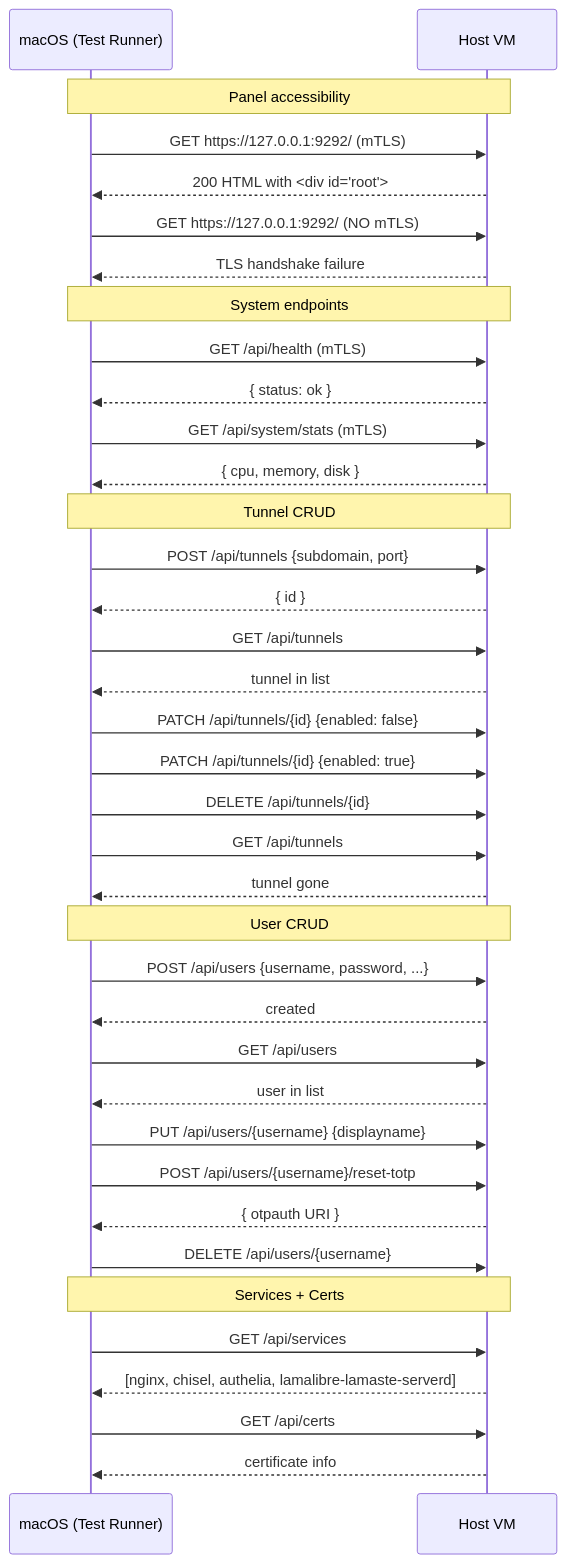
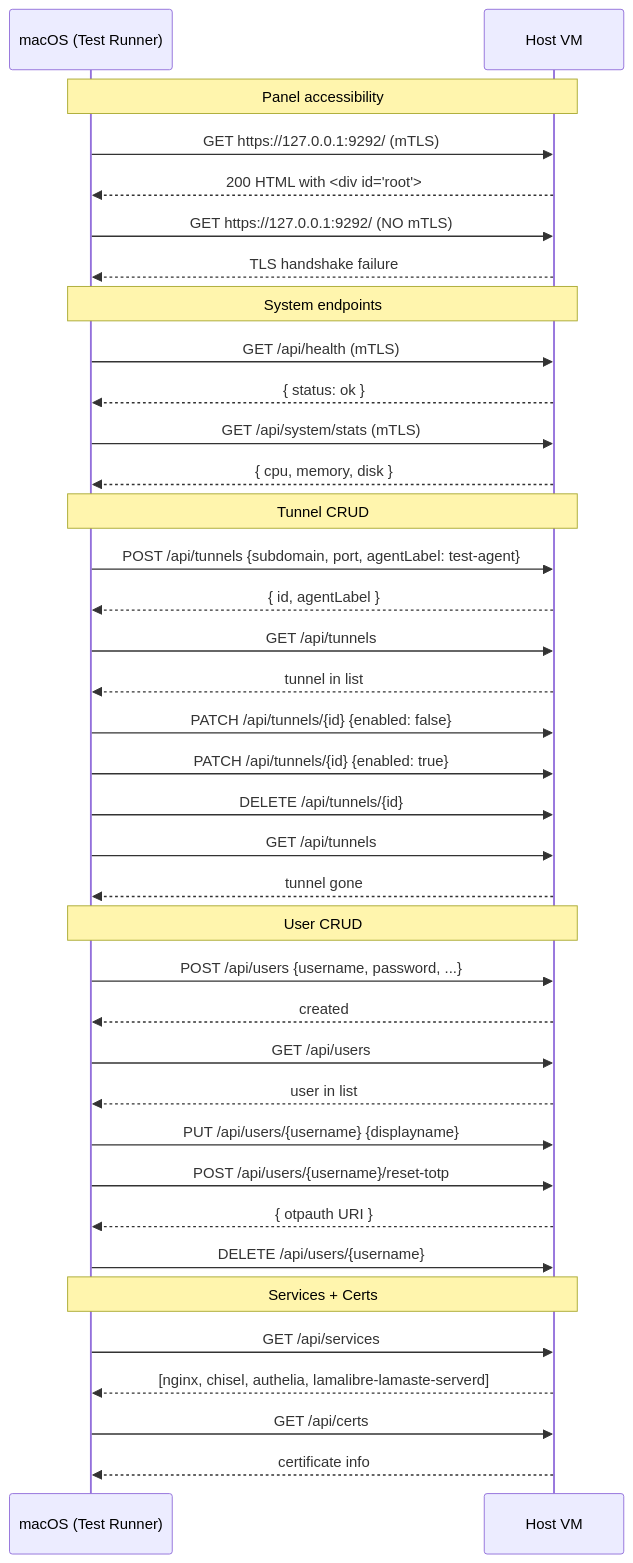
One commit to lamalibre/lamaste changed the sixth of 9 diagrams in packages/core/docs/03-architecture/e2e-three-vm-sequences.md. Above: the diagram before and after it, drawn with Mermaid. The commit also changed other lines of this file and 41 other files, not shown here.

````diff
--- a/packages/core/docs/03-architecture/e2e-three-vm-sequences.md
+++ b/packages/core/docs/03-architecture/e2e-three-vm-sequences.md
@@ -231,44 +257,44 @@
 ```mermaid
 sequenceDiagram
     participant Mac as macOS (Test Runner)
     participant H as Host VM
 
     note over Mac,H: Panel accessibility
     Mac->>H: GET https://127.0.0.1:9292/ (mTLS)
     H-->>Mac: 200 HTML with <div id="root">
     Mac->>H: GET https://127.0.0.1:9292/ (NO mTLS)
     H-->>Mac: TLS handshake failure
 
     note over Mac,H: System endpoints
     Mac->>H: GET /api/health (mTLS)
     H-->>Mac: { status: ok }
     Mac->>H: GET /api/system/stats (mTLS)
     H-->>Mac: { cpu, memory, disk }
 
     note over Mac,H: Tunnel CRUD
-    Mac->>H: POST /api/tunnels {subdomain, port}
-    H-->>Mac: { id }
+    Mac->>H: POST /api/tunnels {subdomain, port, agentLabel: test-agent}
+    H-->>Mac: { id, agentLabel }
     Mac->>H: GET /api/tunnels
     H-->>Mac: tunnel in list
     Mac->>H: PATCH /api/tunnels/{id} {enabled: false}
     Mac->>H: PATCH /api/tunnels/{id} {enabled: true}
     Mac->>H: DELETE /api/tunnels/{id}
     Mac->>H: GET /api/tunnels
     H-->>Mac: tunnel gone
 
     note over Mac,H: User CRUD
     Mac->>H: POST /api/users {username, password, ...}
     H-->>Mac: created
     Mac->>H: GET /api/users
     H-->>Mac: user in list
     Mac->>H: PUT /api/users/{username} {displayname}
     Mac->>H: POST /api/users/{username}/reset-totp
     H-->>Mac: { otpauth URI }
     Mac->>H: DELETE /api/users/{username}
 
     note over Mac,H: Services + Certs
     Mac->>H: GET /api/services
     H-->>Mac: [nginx, chisel, authelia, lamalibre-lamaste-serverd]
     Mac->>H: GET /api/certs
     H-->>Mac: certificate info
 ```
````
